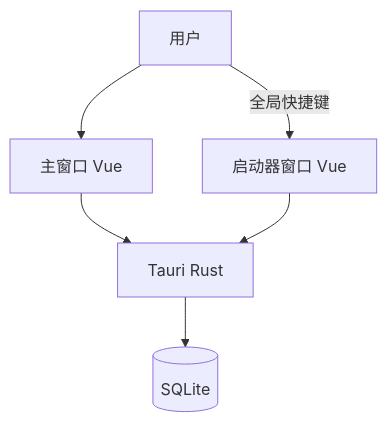
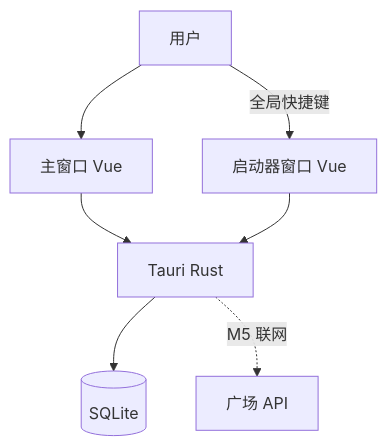
Before and after one commit to sutao2/PromptArk: the diagram in docs/architecture/overview.md, drawn with Mermaid. The commit also changed other lines of this file and 121 other files, not shown here.

````diff
--- a/docs/architecture/overview.md
+++ b/docs/architecture/overview.md
@@ -11,13 +11,15 @@
 ```mermaid
 flowchart TB
   user[用户]
   main[主窗口 Vue]
   launcher[启动器窗口 Vue]
   rust[Tauri Rust]
   sqlite[(SQLite)]
+  api[广场 API]
   user --> main
   user -->|全局快捷键| launcher
   main --> rust
   launcher --> rust
   rust --> sqlite
+  rust -.->|M5 联网| api
 ```
````
